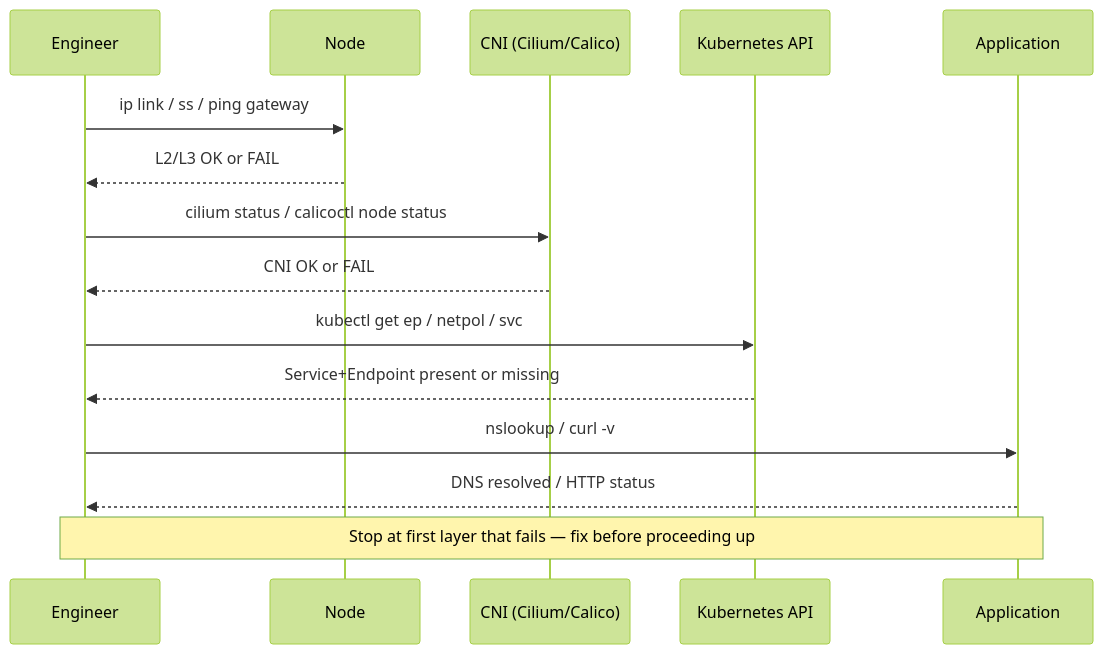
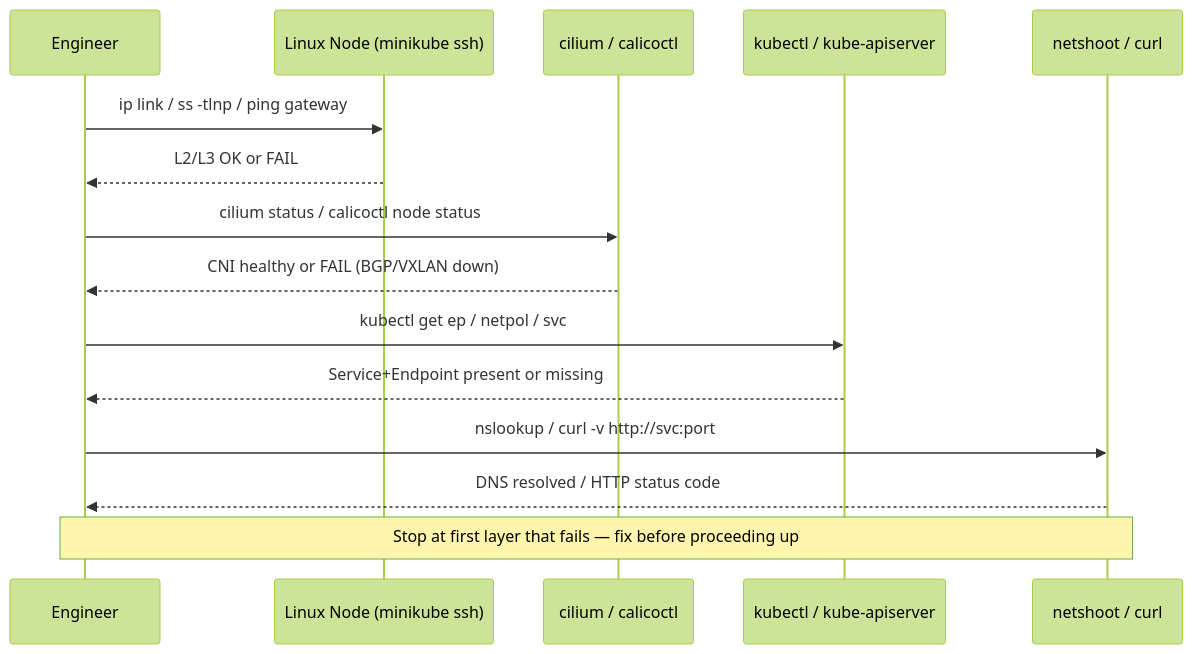
Before and after one commit to MykolaLebid/Kubernetes_networking_engineering: the second of 2 diagrams in lessons/24-network-observability-troubleshooting.md, drawn with Mermaid (forest theme). The commit also changed other lines of this file and 35 other files, not shown here.

First line of the commit message:
Restructure all 34 lessons: Theory/Practice split, richer diagrams, industry examples, navigation

````diff
--- a/lessons/24-network-observability-troubleshooting.md
+++ b/lessons/24-network-observability-troubleshooting.md
@@ -51,18 +39,18 @@
 ```mermaid
 sequenceDiagram
     participant Eng as Engineer
-    participant Node as Node
-    participant CNI as CNI (Cilium/Calico)
-    participant K8S as Kubernetes API
-    participant App as Application
+    participant Node as Linux Node (minikube ssh)
+    participant CNI as cilium / calicoctl
+    participant K8S as kubectl / kube-apiserver
+    participant App as netshoot / curl
 
-    Eng->>Node: ip link / ss / ping gateway
+    Eng->>Node: ip link / ss -tlnp / ping gateway
     Node-->>Eng: L2/L3 OK or FAIL
     Eng->>CNI: cilium status / calicoctl node status
-    CNI-->>Eng: CNI OK or FAIL
+    CNI-->>Eng: CNI healthy or FAIL (BGP/VXLAN down)
     Eng->>K8S: kubectl get ep / netpol / svc
     K8S-->>Eng: Service+Endpoint present or missing
-    Eng->>App: nslookup / curl -v
-    App-->>Eng: DNS resolved / HTTP status
+    Eng->>App: nslookup / curl -v http://svc:port
+    App-->>Eng: DNS resolved / HTTP status code
     Note over Eng,App: Stop at first layer that fails — fix before proceeding up
 ```
````
